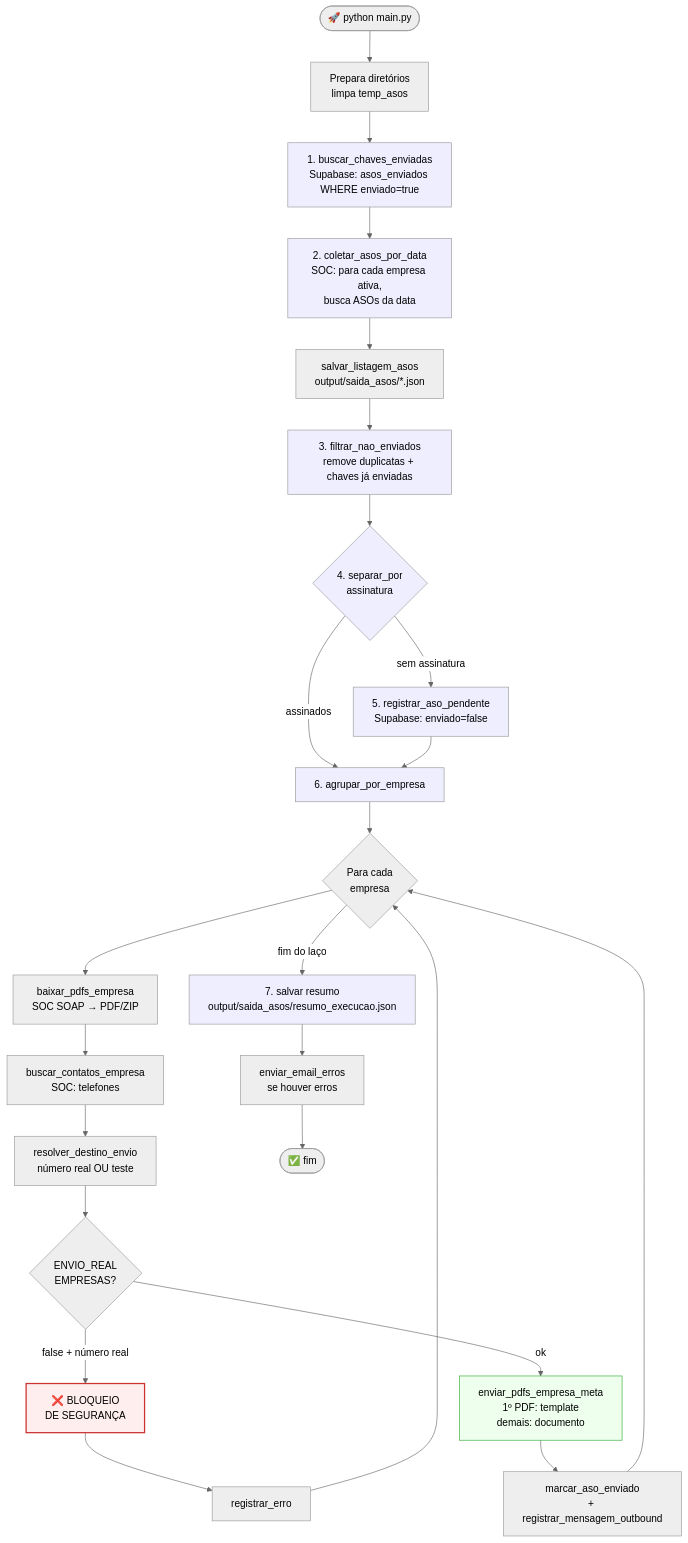
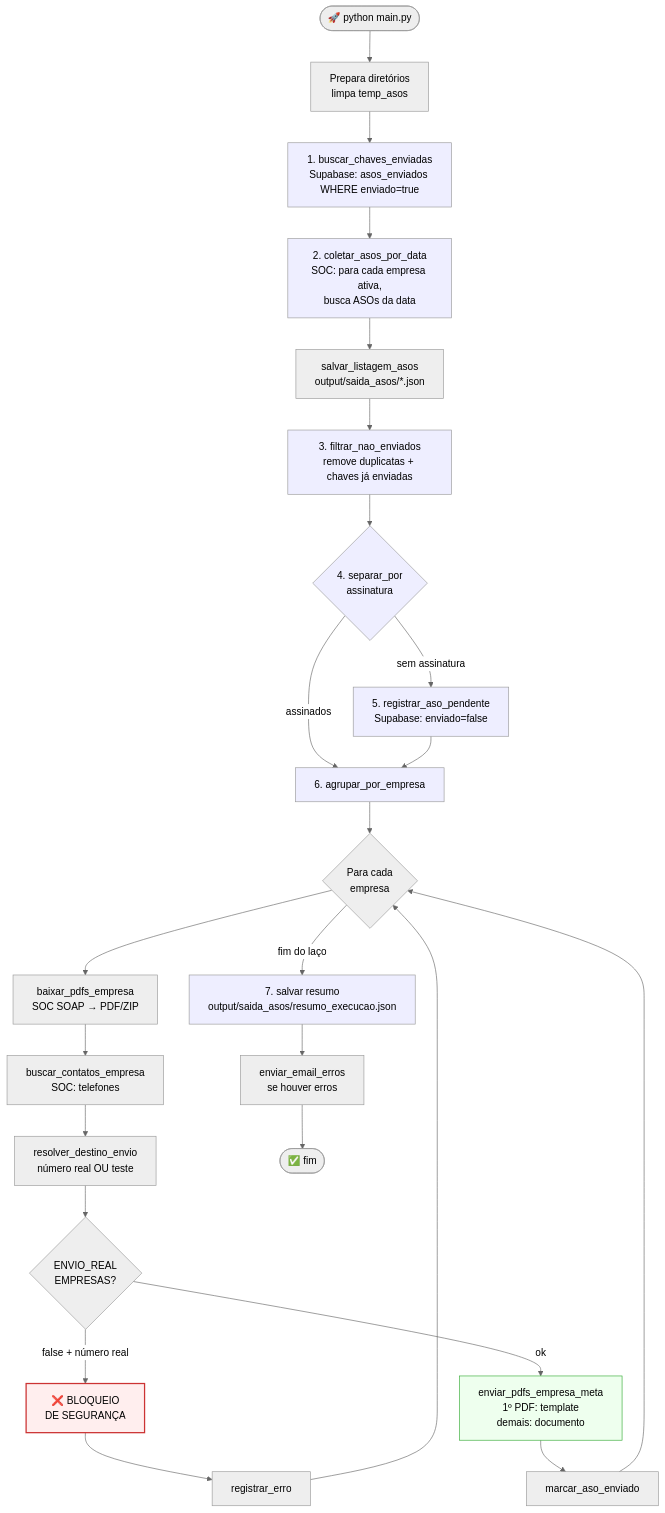
One commit to safehelp-agentes/Mensageria_ASOs changed the second of 6 diagrams in ARCHITECTURE.md. Above: the diagram before and after it, drawn with Mermaid (neutral theme). The commit also changed other lines of this file and 34 other files, not shown here.

````diff
--- a/ARCHITECTURE.md
+++ b/ARCHITECTURE.md
@@ -61,36 +57,36 @@
 ```mermaid
 flowchart TD
     Start([🚀 python main.py]) --> Prep[Prepara diretórios<br/>limpa temp_asos]
     Prep --> E1[1. buscar_chaves_enviadas<br/>Supabase: asos_enviados WHERE enviado=true]
     E1 --> E2[2. coletar_asos_por_data<br/>SOC: para cada empresa ativa,<br/>busca ASOs da data]
     E2 --> Save[salvar_listagem_asos<br/>output/saida_asos/*.json]
     Save --> E3[3. filtrar_nao_enviados<br/>remove duplicatas + chaves já enviadas]
     E3 --> E4{4. separar_por<br/>assinatura}
     E4 -->|sem assinatura| E5[5. registrar_aso_pendente<br/>Supabase: enviado=false]
     E4 -->|assinados| E6
     E5 --> E6[6. agrupar_por_empresa]
     E6 --> Loop{Para cada<br/>empresa}
     Loop --> DL[baixar_pdfs_empresa<br/>SOC SOAP → PDF/ZIP]
     DL --> Contatos[buscar_contatos_empresa<br/>SOC: telefones]
     Contatos --> Resolve[resolver_destino_envio<br/>número real OU teste]
     Resolve --> Guard{ENVIO_REAL<br/>EMPRESAS?}
     Guard -->|false + número real| Abort[❌ BLOQUEIO<br/>DE SEGURANÇA]
     Guard -->|ok| Send[enviar_pdfs_empresa_meta<br/>1º PDF: template<br/>demais: documento]
-    Send --> Mark[marcar_aso_enviado<br/>+ registrar_mensagem_outbound]
+    Send --> Mark[marcar_aso_enviado]
     Mark --> Loop
     Loop -->|fim do laço| E7[7. salvar resumo<br/>output/saida_asos/resumo_execucao.json]
     Abort --> Erro[registrar_erro]
     Erro --> Loop
     E7 --> Email[enviar_email_erros<br/>se houver erros]
     Email --> End([✅ fim])
 
     style Abort fill:#fee,stroke:#c33,stroke-width:2px
     style Send fill:#efe,stroke:#3a3
     style E1 fill:#eef
     style E2 fill:#eef
     style E3 fill:#eef
     style E4 fill:#eef
     style E5 fill:#eef
     style E6 fill:#eef
     style E7 fill:#eef
 ```
````
